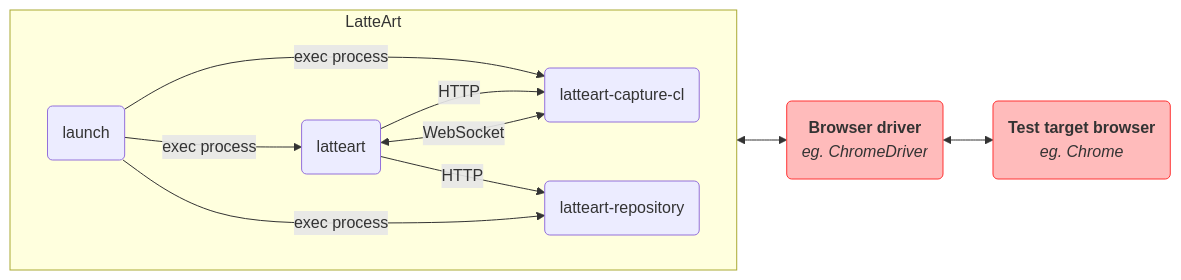
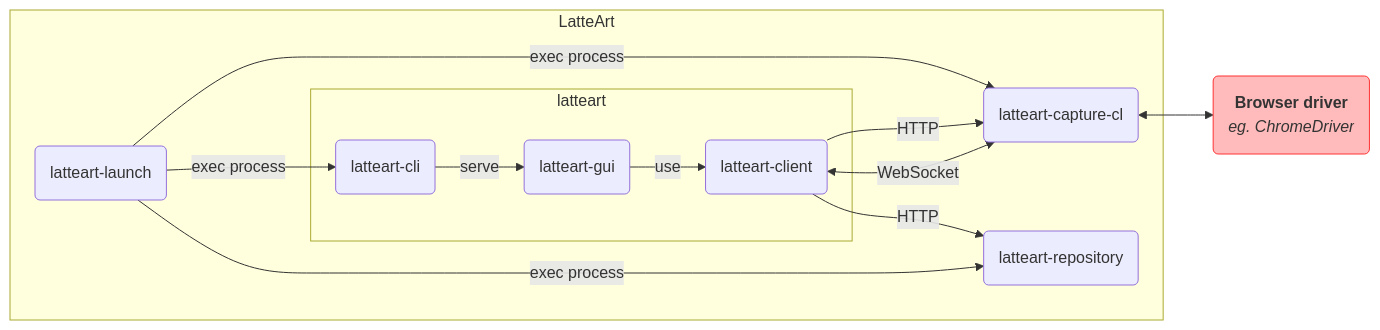
One commit to latteart-org/latteart changed the diagram in docs/contributing_ja.md. Above: the diagram before and after it, drawn with Mermaid. The commit also changed other lines of this file and 799 other files, not shown here.

````diff
--- a/docs/contributing_ja.md
+++ b/docs/contributing_ja.md
@@ -36,26 +36,30 @@
 ```mermaid
 flowchart LR
   subgraph LatteArt
-    direction LR
-    launch(launch)
-    latteart(latteart)
+    launch(latteart-launch)
+    subgraph latteart
+      cli(latteart-cli)
+      gui(latteart-gui)
+      client(latteart-client)
+
+      cli -- serve --> gui
+      gui -- use --> client
+    end
     capturecl(latteart-capture-cl)
     repository(latteart-repository)
 
-    latteart -- HTTP --> capturecl
-    latteart <-- WebSocket --> capturecl
-    latteart -- HTTP --> repository
+    client -- HTTP --> capturecl
+    client <-- WebSocket --> capturecl
+    client -- HTTP --> repository
 
     launch -- exec process --> capturecl
-    launch -- exec process --> latteart
+    launch -- exec process --> cli
     launch -- exec process --> repository
   end
 
   driver(<b>Browser driver</b><br><i>eg. ChromeDriver</i>)
-  browser(<b>Test target browser</b><br><i>eg. Chrome</i>)
   classDef externals fill:#fbb,stroke:#f33
   class driver,browser externals
 
-  driver <--> browser
   capturecl <--> driver
 ```
````
